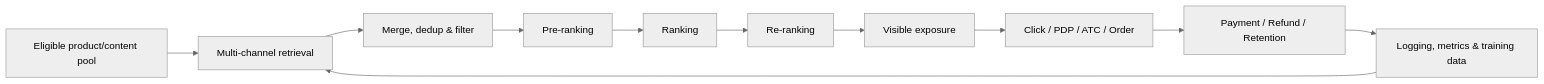
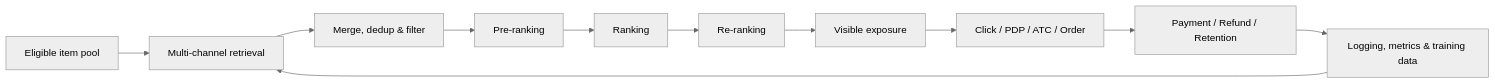
One commit to whanyu1212/mental-gym changed the first of 2 diagrams in notes/recommendation-system/recommendation-system-pipeline.md. Above: the diagram before and after it, drawn with Mermaid (neutral theme). The commit also changed other lines of this file, not shown here.

````diff
--- a/notes/recommendation-system/recommendation-system-pipeline.md
+++ b/notes/recommendation-system/recommendation-system-pipeline.md
@@ -9,13 +34,13 @@
 ```mermaid
 flowchart LR
-    P[Eligible product/content pool] --> R[Multi-channel retrieval]
+    P[Eligible item pool] --> R[Multi-channel retrieval]
     R --> M[Merge, dedup & filter]
     M --> PR[Pre-ranking]
     PR --> RK[Ranking]
     RK --> RR[Re-ranking]
     RR --> E[Visible exposure]
     E --> A[Click / PDP / ATC / Order]
     A --> O[Payment / Refund / Retention]
     O --> L[Logging, metrics & training data]
     L --> R
 ```
````
